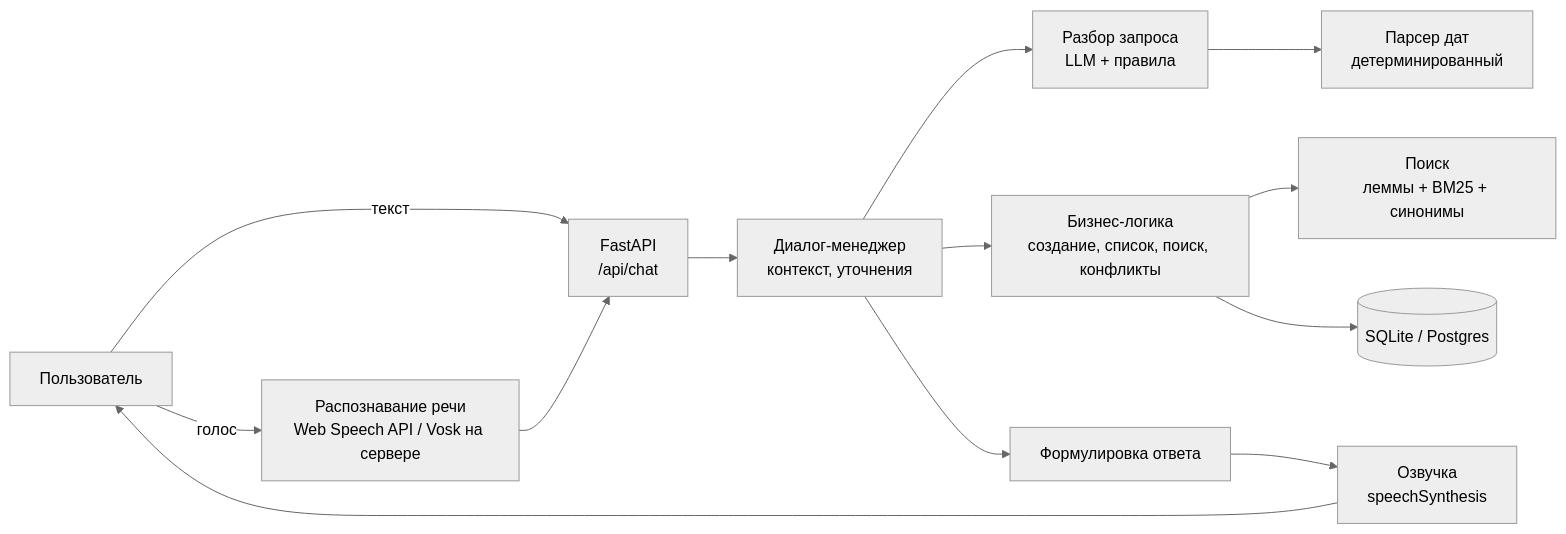
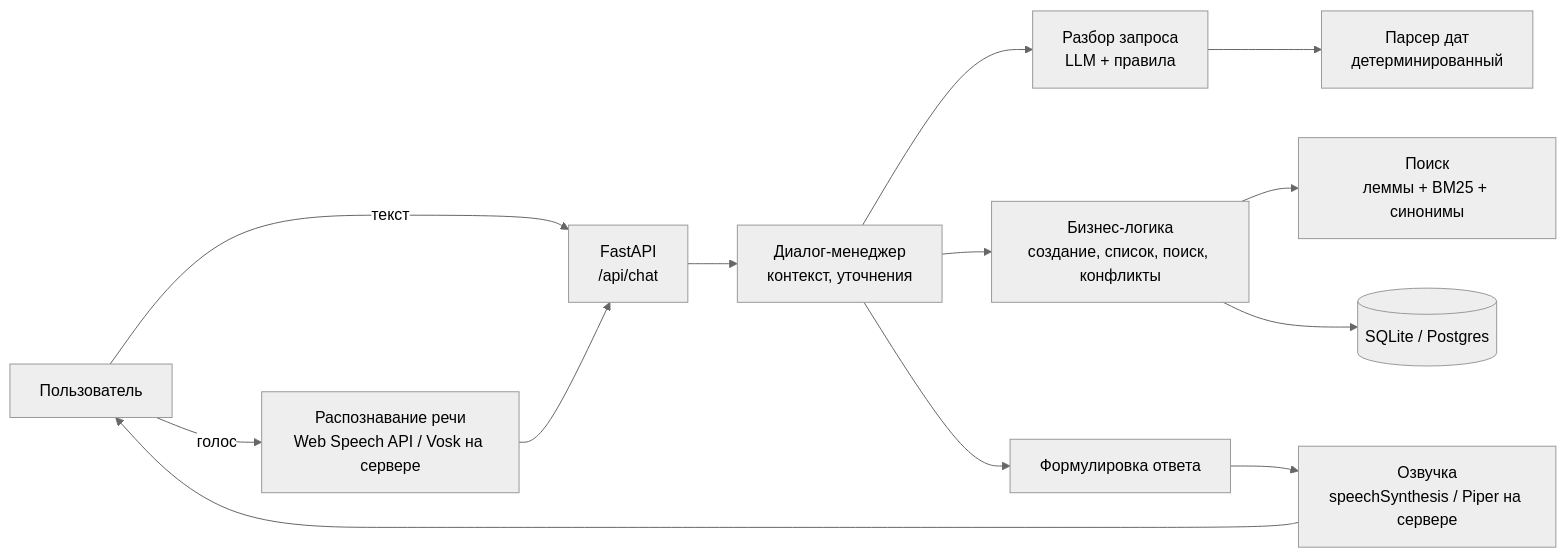
The diagram in README.md (Allorin/voice-assistant), drawn with Mermaid (neutral theme) before and after one commit. The commit also changed other lines of this file and 13 other files, not shown here.

First line of the commit message:
Озвучка на сервере (Piper) для браузеров без русского голоса

````diff
--- a/README.md
+++ b/README.md
@@ -208,15 +210,15 @@
 ```mermaid
 flowchart LR
     U[Пользователь] -- голос --> STT[Распознавание речи<br/>Web Speech API / Vosk на сервере]
     U -- текст --> API
     STT --> API[FastAPI<br/>/api/chat]
     API --> DM[Диалог-менеджер<br/>контекст, уточнения]
     DM --> NLU[Разбор запроса<br/>LLM + правила]
     NLU --> TP[Парсер дат<br/>детерминированный]
     DM --> SVC[Бизнес-логика<br/>создание, список, поиск, конфликты]
     SVC --> SRCH[Поиск<br/>леммы + BM25 + синонимы]
     SVC --> DB[(SQLite / Postgres)]
     DM --> RESP[Формулировка ответа]
-    RESP --> TTS[Озвучка<br/>speechSynthesis]
+    RESP --> TTS[Озвучка<br/>speechSynthesis / Piper на сервере]
     TTS --> U
 ```
````
